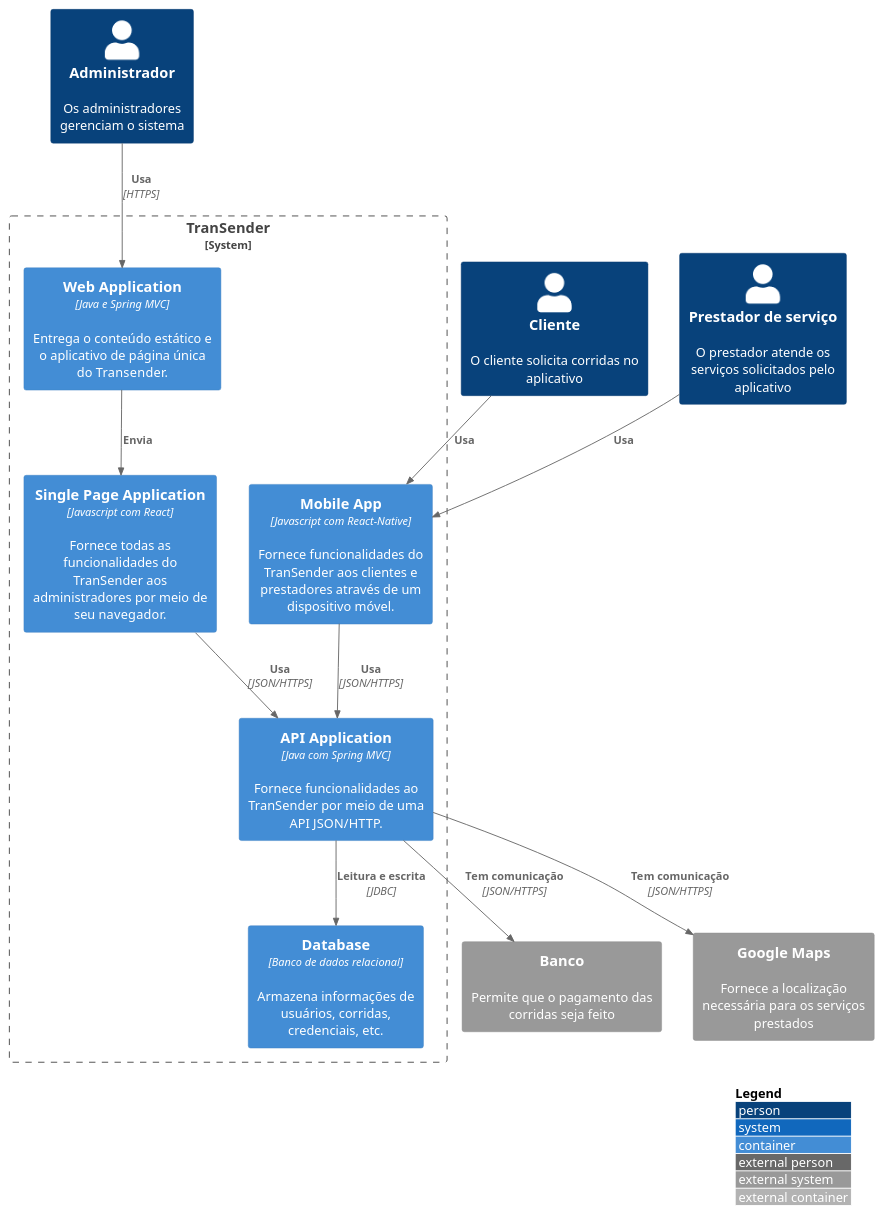
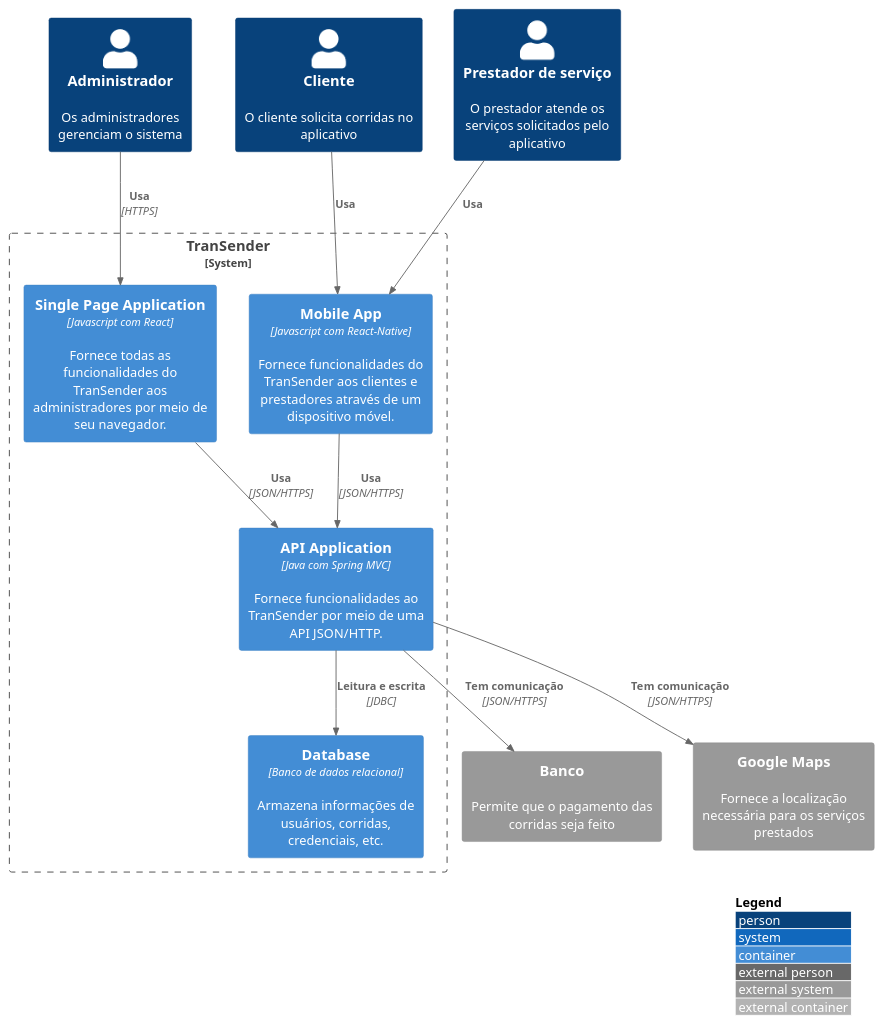
The diagram in Análise e Projeto de Sistemas II/C4 Builder/TranSender/src/TranSender/Container/system.puml (JaoPedro007/Disciplinas-TSI), drawn with PlantUML before and after one commit. The commit also changed 7 other files, not shown here.

```diff
--- a/Análise e Projeto de Sistemas II/C4 Builder/TranSender/src/TranSender/Container/system.puml
+++ b/Análise e Projeto de Sistemas II/C4 Builder/TranSender/src/TranSender/Container/system.puml
@@ -1,33 +1,31 @@
 @startuml Container
 !include https://raw.githubusercontent.com/adrianvlupu/C4-PlantUML/latest/C4_Container.puml
 
 LAYOUT_WITH_LEGEND()
 
 Person(administrador, "Administrador", "Os administradores gerenciam o sistema")
 Person(cliente, "Cliente", "O cliente solicita corridas no aplicativo")
 Person(prestador, "Prestador de serviço", "O prestador atende os serviços solicitados pelo aplicativo")
 
 System_Ext(banco, "Banco", "Permite que o pagamento das corridas seja feito")
 System_Ext(maps, "Google Maps", "Fornece a localização necessária para os serviços prestados")
 
 System_Boundary(sistema, "TranSender") {
-    Container(wa, "Web Application", "Java e Spring MVC", "Entrega o conteúdo estático e o aplicativo de página única do Transender.")    
     Container(spa, "Single Page Application", "Javascript com React", "Fornece todas as funcionalidades do TranSender aos administradores por meio de seu navegador.")
     Container(ma, "Mobile App", "Javascript com React-Native", "Fornece funcionalidades do TranSender aos clientes e prestadores através de um dispositivo móvel.")
     Container(db, "Database", "Banco de dados relacional", "Armazena informações de usuários, corridas, credenciais, etc.")
     Container(api, "API Application", "Java com Spring MVC", "Fornece funcionalidades ao TranSender por meio de uma API JSON/HTTP.")
 
     Rel(api, maps, "Tem comunicação", "JSON/HTTPS")
     Rel(api, banco, "Tem comunicação", "JSON/HTTPS")
     Rel(api, db, "Leitura e escrita", "JDBC")
 
-    Rel(wa, spa, "Envia")
     Rel(spa, api, "Usa", "JSON/HTTPS")
     Rel(ma, api, "Usa", "JSON/HTTPS")
 }
 
 Rel(cliente, ma, "Usa")
 Rel(prestador, ma, "Usa")
-Rel(administrador, wa, "Usa", "HTTPS")
+Rel(administrador, spa, "Usa", "HTTPS")
 
 @enduml
```
